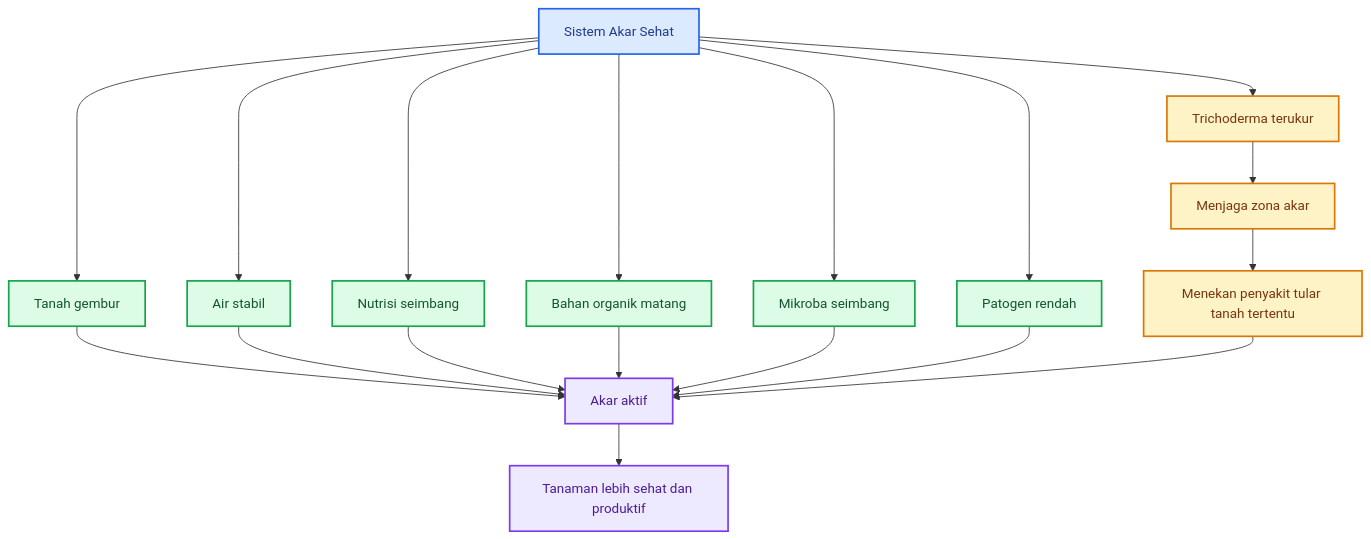
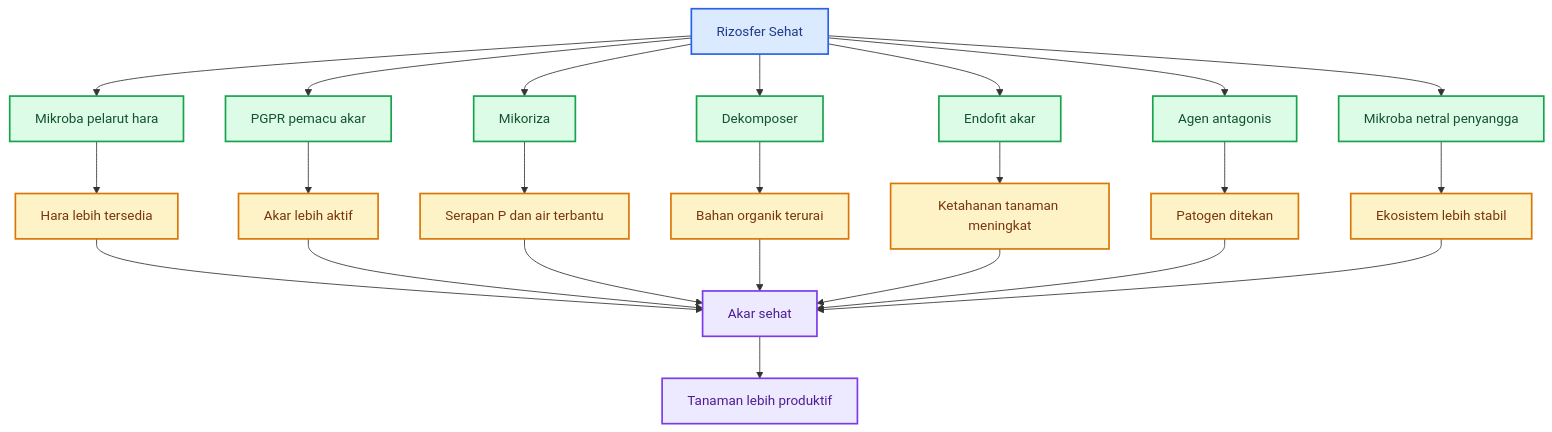
One commit to slametsampon/kawruhnology changed the third of 7 diagrams in content/blog/agri/keseimbangan-akar-dan-tajuk.mdx. Above: the diagram before and after it, drawn with Mermaid. The commit also changed other lines of this file and 2 other files, not shown here.

Commit message:
update keseimabangan akar-tajuk dan jakaba

````diff
--- a/content/blog/agri/keseimbangan-akar-dan-tajuk.mdx
+++ b/content/blog/agri/keseimbangan-akar-dan-tajuk.mdx
@@ -1560,33 +402,38 @@
 ```mermaid
 flowchart TB
-    A[Sistem Akar Sehat] --> B[Tanah gembur]
-    A --> C[Air stabil]
-    A --> D[Nutrisi seimbang]
-    A --> E[Bahan organik matang]
-    A --> F[Mikroba seimbang]
-    A --> G[Trichoderma terukur]
-    A --> H[Patogen rendah]
+    A[Rizosfer Sehat] --> B[Mikroba pelarut hara]
+    A --> C[PGPR pemacu akar]
+    A --> D[Mikoriza]
+    A --> E[Dekomposer]
+    A --> F[Endofit akar]
+    A --> G[Agen antagonis]
+    A --> H[Mikroba netral penyangga]
 
-    G --> I[Menjaga zona akar]
-    I --> J[Menekan penyakit tular tanah tertentu]
+    B --> I[Hara lebih tersedia]
+    C --> J[Akar lebih aktif]
+    D --> K[Serapan P dan air terbantu]
+    E --> L[Bahan organik terurai]
+    F --> M[Ketahanan tanaman meningkat]
+    G --> N[Patogen ditekan]
+    H --> O[Ekosistem lebih stabil]
 
-    B --> K[Akar aktif]
-    C --> K
-    D --> K
-    E --> K
-    F --> K
-    H --> K
-    J --> K
+    I --> P[Akar sehat]
+    J --> P
+    K --> P
+    L --> P
+    M --> P
+    N --> P
+    O --> P
 
-    K --> L[Tanaman lebih sehat dan produktif]
+    P --> Q[Tanaman lebih produktif]
 
     classDef main fill:#dbeafe,stroke:#2563eb,color:#1e3a8a,stroke-width:2px;
-    classDef factor fill:#dcfce7,stroke:#16a34a,color:#14532d,stroke-width:2px;
-    classDef tricho fill:#fef3c7,stroke:#d97706,color:#78350f,stroke-width:2px;
+    classDef microbe fill:#dcfce7,stroke:#16a34a,color:#14532d,stroke-width:2px;
+    classDef function fill:#fef3c7,stroke:#d97706,color:#78350f,stroke-width:2px;
     classDef result fill:#ede9fe,stroke:#7c3aed,color:#4c1d95,stroke-width:2px;
 
     class A main;
-    class B,C,D,E,F,H factor;
-    class G,I,J tricho;
-    class K,L result;
+    class B,C,D,E,F,G,H microbe;
+    class I,J,K,L,M,N,O function;
+    class P,Q result;
 ```
````
